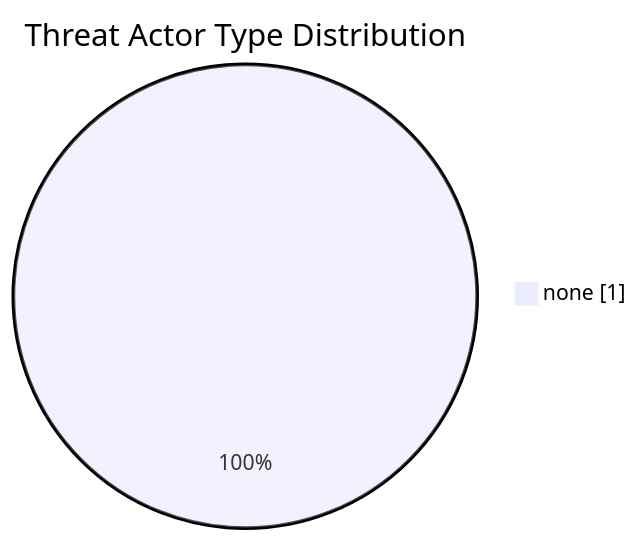
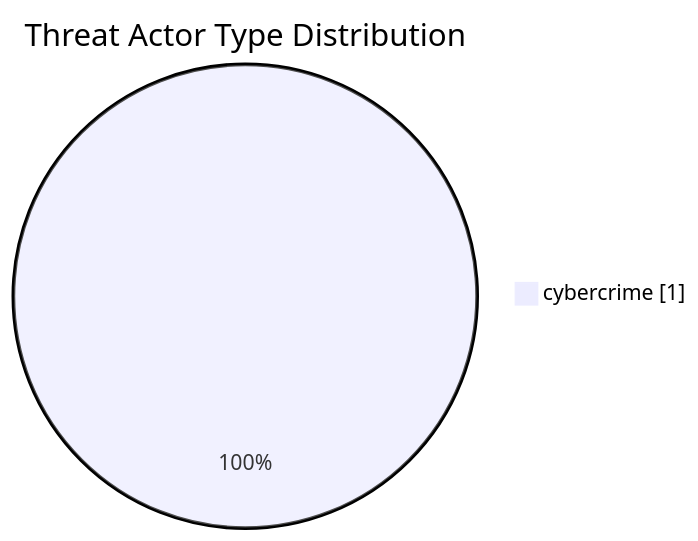
Before and after one commit to SWolfSec/Threat-Hunting-As-Code: the fourth of 4 diagrams in docs/dashboard.md, drawn with Mermaid. The commit also changed other lines of this file and 2 other files, not shown here.

````diff
--- a/docs/dashboard.md
+++ b/docs/dashboard.md
@@ -48,5 +60,5 @@
 ```mermaid
 pie showData
     title Threat Actor Type Distribution
-    "none" : 1
+    "cybercrime" : 1
 ```
````
